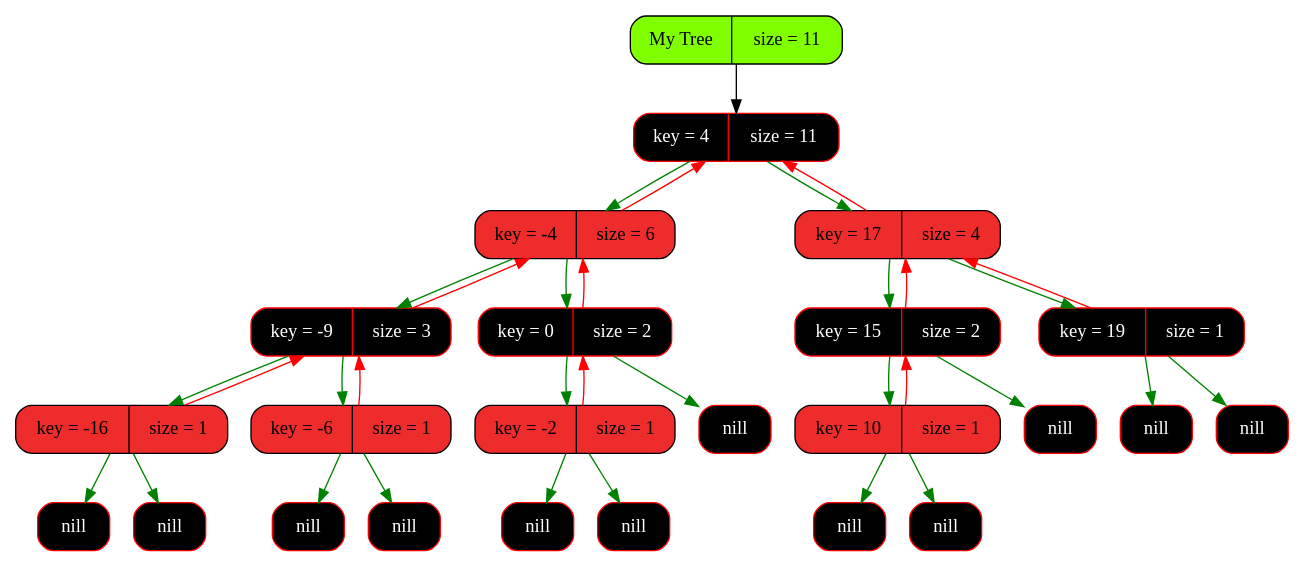
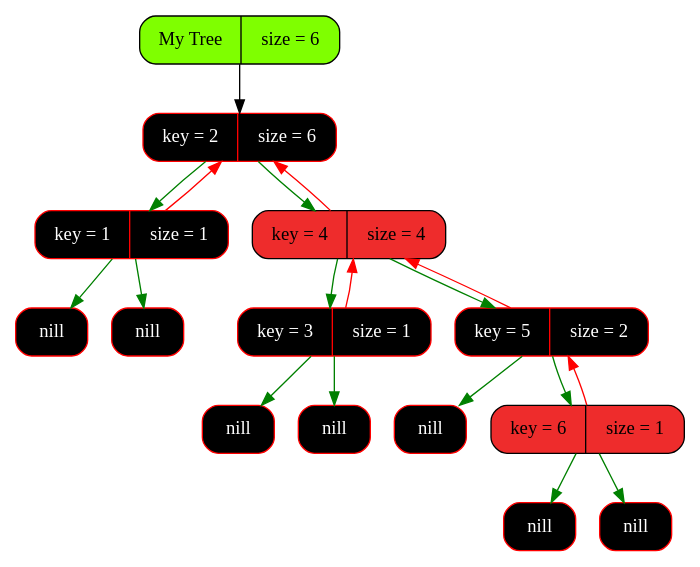
One commit to Pelmeshka127/RedBlackTree changed the diagram in graphics/graph.dot. Above: the diagram before and after it, drawn with Graphviz. The commit also changed 5 other files, not shown here.

```diff
--- a/graphics/graph.dot
+++ b/graphics/graph.dot
@@ -1,63 +1,38 @@
 digraph Tree
 {
    rankdir = HR;
    node[fontsize=14];
    edge[color="black",fontcolor="blue",fontsize=12];
-   tree[shape = Mrecord, style = filled, fillcolor = "chartreuse1", label = "My Tree | size = 11"];
-   "0x13c7041b0"[shape = Mrecord, color = "red", style = filled, fontcolor = "white", fillcolor = "black",   label = " key = 4 | size = 11"];
-  "0x13c7041b0" -> "0x13c7040e0" [color = "green"];
-  "0x13c7040e0" -> "0x13c7041b0" [color = "red"];
-  "0x13c7041b0" -> "0x13c704120" [color = "green"];
-  "0x13c704120" -> "0x13c7041b0" [color = "red"];
-   "0x13c7040e0"[shape = Mrecord, color = "black", style = filled, fontcolor = "black", fillcolor = "firebrick2",   label = " key = -4 | size = 6"];
-  "0x13c7040e0" -> "0x13c7040b0" [color = "green"];
-  "0x13c7040b0" -> "0x13c7040e0" [color = "red"];
-  "0x13c7040e0" -> "0x13c704080" [color = "green"];
-  "0x13c704080" -> "0x13c7040e0" [color = "red"];
-   "0x13c7040b0"[shape = Mrecord, color = "red", style = filled, fontcolor = "white", fillcolor = "black",   label = " key = -9 | size = 3"];
-  "0x13c7040b0" -> "0x13c7041e0" [color = "green"];
-  "0x13c7041e0" -> "0x13c7040b0" [color = "red"];
-  "0x13c7040b0" -> "0x13c704150" [color = "green"];
-  "0x13c704150" -> "0x13c7040b0" [color = "red"];
-   "0x13c7041e0"[shape = Mrecord, color = "black", style = filled, fontcolor = "black", fillcolor = "firebrick2",   label = " key = -16 | size = 1"];
-   "0x13c7041e0left"[shape = Mrecord, color = "red", style = filled, fontcolor = "white", fillcolor = "black",   label = " <value> nill"];
-  "0x13c7041e0" -> "0x13c7041e0left" [color = "green"];
-   "0x13c7041e0right"[shape = Mrecord, color = "red", style = filled, fontcolor = "white", fillcolor = "black",   label = " <value> nill"];
-  "0x13c7041e0" -> "0x13c7041e0right" [color = "green"];
-   "0x13c704150"[shape = Mrecord, color = "black", style = filled, fontcolor = "black", fillcolor = "firebrick2",   label = " key = -6 | size = 1"];
-   "0x13c704150left"[shape = Mrecord, color = "red", style = filled, fontcolor = "white", fillcolor = "black",   label = " <value> nill"];
-  "0x13c704150" -> "0x13c704150left" [color = "green"];
-   "0x13c704150right"[shape = Mrecord, color = "red", style = filled, fontcolor = "white", fillcolor = "black",   label = " <value> nill"];
-  "0x13c704150" -> "0x13c704150right" [color = "green"];
-   "0x13c704080"[shape = Mrecord, color = "red", style = filled, fontcolor = "white", fillcolor = "black",   label = " key = 0 | size = 2"];
-  "0x13c704080" -> "0x13c704210" [color = "green"];
-  "0x13c704210" -> "0x13c704080" [color = "red"];
-   "0x13c704080right"[shape = Mrecord, color = "red", style = filled, fontcolor = "white", fillcolor = "black",   label = " <value> nill"];
-  "0x13c704080" -> "0x13c704080right" [color = "green"];
-   "0x13c704210"[shape = Mrecord, color = "black", style = filled, fontcolor = "black", fillcolor = "firebrick2",   label = " key = -2 | size = 1"];
-   "0x13c704210left"[shape = Mrecord, color = "red", style = filled, fontcolor = "white", fillcolor = "black",   label = " <value> nill"];
-  "0x13c704210" -> "0x13c704210left" [color = "green"];
-   "0x13c704210right"[shape = Mrecord, color = "red", style = filled, fontcolor = "white", fillcolor = "black",   label = " <value> nill"];
-  "0x13c704210" -> "0x13c704210right" [color = "green"];
-   "0x13c704120"[shape = Mrecord, color = "black", style = filled, fontcolor = "black", fillcolor = "firebrick2",   label = " key = 17 | size = 4"];
-  "0x13c704120" -> "0x13c704270" [color = "green"];
-  "0x13c704270" -> "0x13c704120" [color = "red"];
-  "0x13c704120" -> "0x13c704240" [color = "green"];
-  "0x13c704240" -> "0x13c704120" [color = "red"];
-   "0x13c704270"[shape = Mrecord, color = "red", style = filled, fontcolor = "white", fillcolor = "black",   label = " key = 15 | size = 2"];
-  "0x13c704270" -> "0x13c7042e0" [color = "green"];
-  "0x13c7042e0" -> "0x13c704270" [color = "red"];
-   "0x13c704270right"[shape = Mrecord, color = "red", style = filled, fontcolor = "white", fillcolor = "black",   label = " <value> nill"];
-  "0x13c704270" -> "0x13c704270right" [color = "green"];
-   "0x13c7042e0"[shape = Mrecord, color = "black", style = filled, fontcolor = "black", fillcolor = "firebrick2",   label = " key = 10 | size = 1"];
-   "0x13c7042e0left"[shape = Mrecord, color = "red", style = filled, fontcolor = "white", fillcolor = "black",   label = " <value> nill"];
-  "0x13c7042e0" -> "0x13c7042e0left" [color = "green"];
-   "0x13c7042e0right"[shape = Mrecord, color = "red", style = filled, fontcolor = "white", fillcolor = "black",   label = " <value> nill"];
-  "0x13c7042e0" -> "0x13c7042e0right" [color = "green"];
-   "0x13c704240"[shape = Mrecord, color = "red", style = filled, fontcolor = "white", fillcolor = "black",   label = " key = 19 | size = 1"];
-   "0x13c704240left"[shape = Mrecord, color = "red", style = filled, fontcolor = "white", fillcolor = "black",   label = " <value> nill"];
-  "0x13c704240" -> "0x13c704240left" [color = "green"];
-   "0x13c704240right"[shape = Mrecord, color = "red", style = filled, fontcolor = "white", fillcolor = "black",   label = " <value> nill"];
-  "0x13c704240" -> "0x13c704240right" [color = "green"];
-   tree -> "0x13c7041b0" [color = "gray0"];
+   tree[shape = Mrecord, style = filled, fillcolor = "chartreuse1", label = "My Tree | size = 6"];
+   "0x144e08000"[shape = Mrecord, color = "red", style = filled, fontcolor = "white", fillcolor = "black",   label = " key = 2 | size = 6"];
+  "0x144e08000" -> "0x144e08040" [color = "green"];
+  "0x144e08040" -> "0x144e08000" [color = "red"];
+  "0x144e08000" -> "0x144e08080" [color = "green"];
+  "0x144e08080" -> "0x144e08000" [color = "red"];
+   "0x144e08040"[shape = Mrecord, color = "red", style = filled, fontcolor = "white", fillcolor = "black",   label = " key = 1 | size = 1"];
+   "0x144e08040left"[shape = Mrecord, color = "red", style = filled, fontcolor = "white", fillcolor = "black",   label = " <value> nill"];
+  "0x144e08040" -> "0x144e08040left" [color = "green"];
+   "0x144e08040right"[shape = Mrecord, color = "red", style = filled, fontcolor = "white", fillcolor = "black",   label = " <value> nill"];
+  "0x144e08040" -> "0x144e08040right" [color = "green"];
+   "0x144e08080"[shape = Mrecord, color = "black", style = filled, fontcolor = "black", fillcolor = "firebrick2",   label = " key = 4 | size = 4"];
+  "0x144e08080" -> "0x144e080c0" [color = "green"];
+  "0x144e080c0" -> "0x144e08080" [color = "red"];
+  "0x144e08080" -> "0x144e08100" [color = "green"];
+  "0x144e08100" -> "0x144e08080" [color = "red"];
+   "0x144e080c0"[shape = Mrecord, color = "red", style = filled, fontcolor = "white", fillcolor = "black",   label = " key = 3 | size = 1"];
+   "0x144e080c0left"[shape = Mrecord, color = "red", style = filled, fontcolor = "white", fillcolor = "black",   label = " <value> nill"];
+  "0x144e080c0" -> "0x144e080c0left" [color = "green"];
+   "0x144e080c0right"[shape = Mrecord, color = "red", style = filled, fontcolor = "white", fillcolor = "black",   label = " <value> nill"];
+  "0x144e080c0" -> "0x144e080c0right" [color = "green"];
+   "0x144e08100"[shape = Mrecord, color = "red", style = filled, fontcolor = "white", fillcolor = "black",   label = " key = 5 | size = 2"];
+   "0x144e08100left"[shape = Mrecord, color = "red", style = filled, fontcolor = "white", fillcolor = "black",   label = " <value> nill"];
+  "0x144e08100" -> "0x144e08100left" [color = "green"];
+  "0x144e08100" -> "0x144e08140" [color = "green"];
+  "0x144e08140" -> "0x144e08100" [color = "red"];
+   "0x144e08140"[shape = Mrecord, color = "black", style = filled, fontcolor = "black", fillcolor = "firebrick2",   label = " key = 6 | size = 1"];
+   "0x144e08140left"[shape = Mrecord, color = "red", style = filled, fontcolor = "white", fillcolor = "black",   label = " <value> nill"];
+  "0x144e08140" -> "0x144e08140left" [color = "green"];
+   "0x144e08140right"[shape = Mrecord, color = "red", style = filled, fontcolor = "white", fillcolor = "black",   label = " <value> nill"];
+  "0x144e08140" -> "0x144e08140right" [color = "green"];
+   tree -> "0x144e08000" [color = "gray0"];
 }
```
